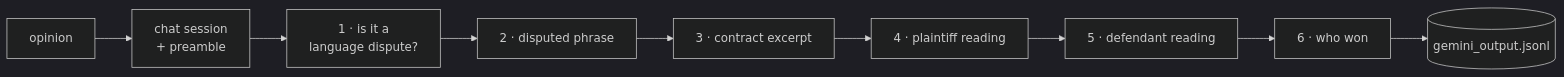
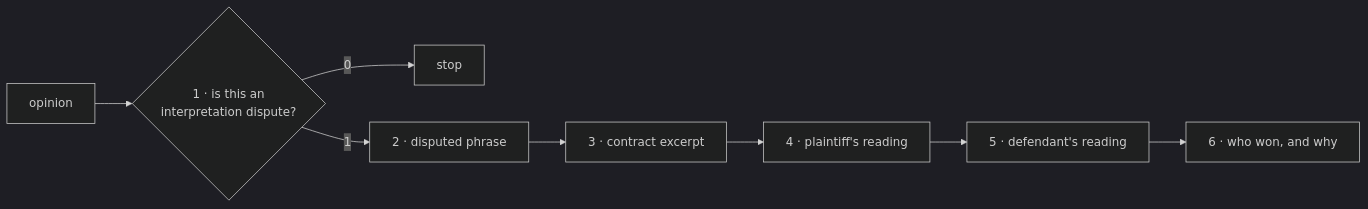
One commit to ejnj03/contract_research changed the eighth of 11 diagrams in README.md. Above: the diagram before and after it, drawn with Mermaid (dark theme). The commit also changed other lines of this file, not shown here.

````diff
--- a/README.md
+++ b/README.md
@@ -291,7 +251,8 @@
 ```mermaid
 flowchart LR
-    O[opinion] --> S[chat session<br/>+ preamble]
-    S --> Q1[1 · is it a<br/>language dispute?] --> Q2[2 · disputed phrase] --> Q3[3 · contract excerpt]
-    Q3 --> Q4[4 · plaintiff reading] --> Q5[5 · defendant reading] --> Q6[6 · who won]
-    Q6 --> OUT[(gemini_output.jsonl)]
+    O["opinion"] --> Q1{"1 · is this an<br/>interpretation dispute?"}
+    Q1 -->|0| X["stop"]
+    Q1 -->|1| Q2["2 · disputed phrase"]
+    Q2 --> Q3["3 · contract excerpt"] --> Q4["4 · plaintiff's reading"]
+    Q4 --> Q5["5 · defendant's reading"] --> Q6["6 · who won, and why"]
 ```
````
